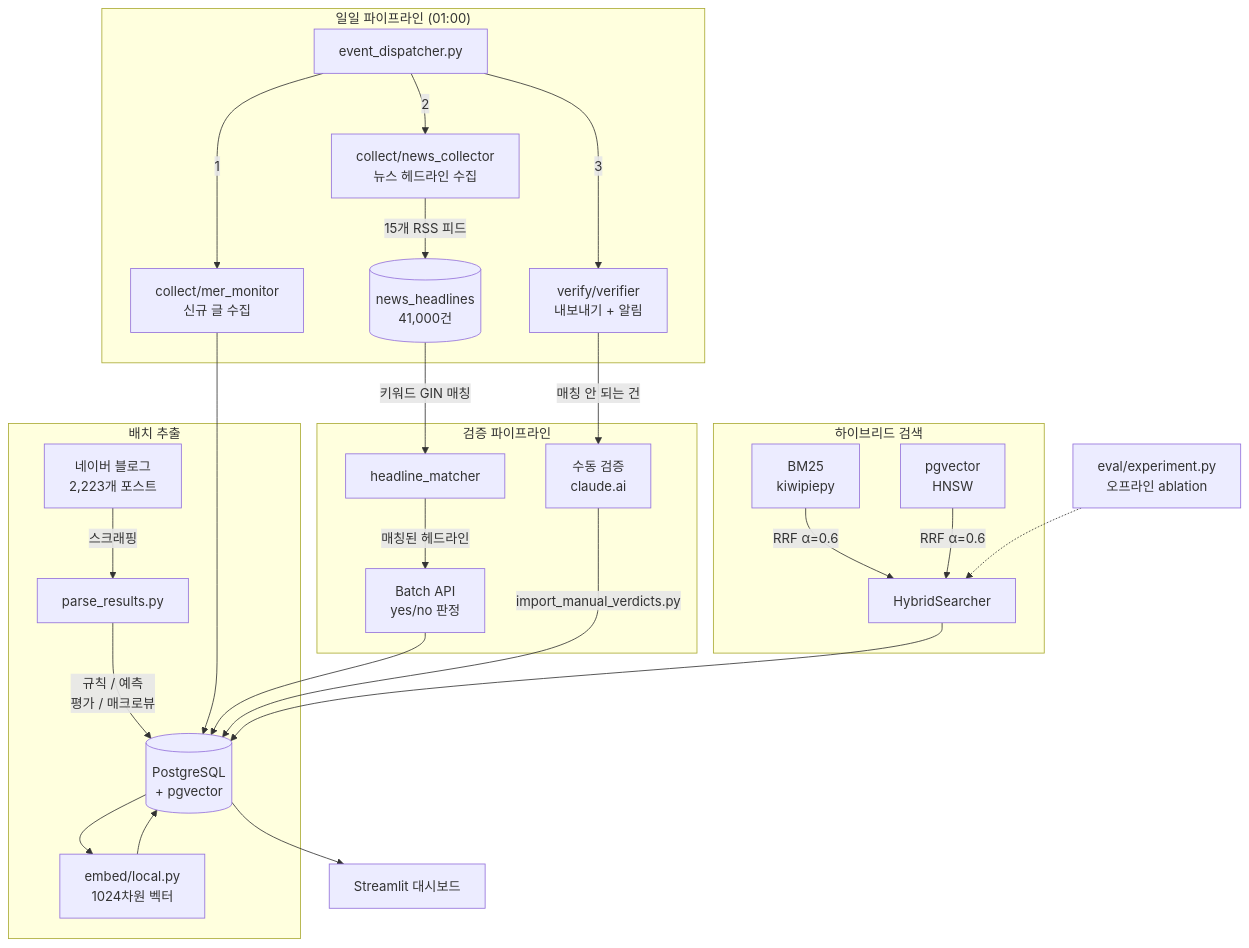
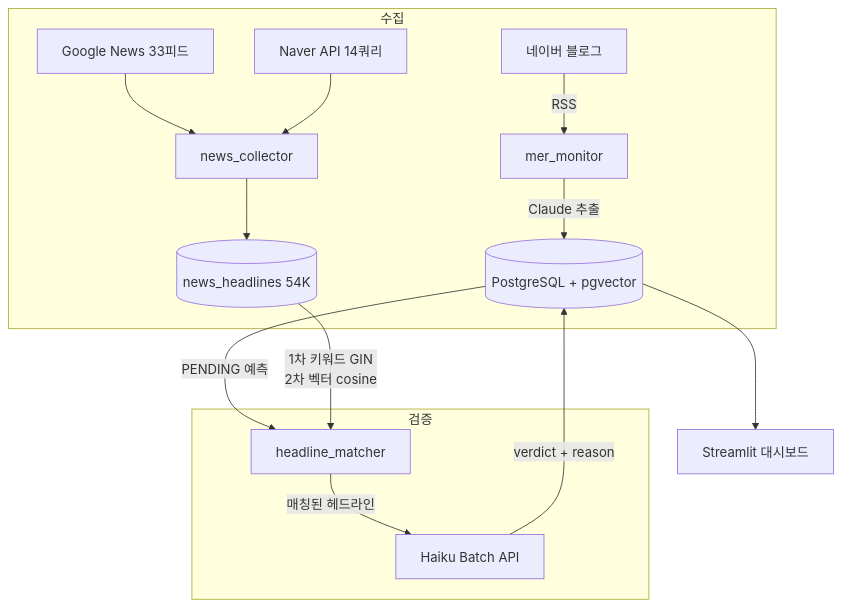
The diagram in README.md (11e3/mer-insight-pipeline), drawn with Mermaid before and after one commit. The commit also changed other lines of this file and 1 other file, not shown here.

First line of the commit message:
docs: rewrite README — concise, experiment details to docs/

````diff
--- a/README.md
+++ b/README.md
@@ -24,33 +34,19 @@
 ```mermaid
 flowchart TD
-    subgraph 배치 추출
-        A[네이버 블로그<br>2,223개 포스트] -->|스크래핑| B[parse_results.py]
-        B -->|규칙 / 예측<br>평가 / 매크로뷰| C[(PostgreSQL<br>+ pgvector)]
-        C --> EMB[embed/local.py<br>1024차원 벡터]
-        EMB --> C
+    subgraph 수집
+        BLOG[네이버 블로그] -->|RSS| MON[mer_monitor]
+        MON -->|Claude 추출| DB[(PostgreSQL + pgvector)]
+        NEWS_RSS[Google News 33피드] --> NC[news_collector]
+        NEWS_NAVER[Naver API 14쿼리] --> NC
+        NC --> NHL[(news_headlines 54K)]
     end
 
-    subgraph "일일 파이프라인 (01:00)"
-        ED[event_dispatcher.py] -->|1| MER[collect/mer_monitor<br>신규 글 수집]
-        ED -->|2| NEWS[collect/news_collector<br>뉴스 헤드라인 수집]
-        ED -->|3| PV[verify/verifier<br>내보내기 + 알림]
-        MER --> C
-        NEWS -->|15개 RSS 피드| NH[(news_headlines<br>41,000건)]
+    subgraph 검증
+        DB -->|PENDING 예측| HM[headline_matcher]
+        NHL -->|1차 키워드 GIN<br>2차 벡터 cosine| HM
+        HM -->|매칭된 헤드라인| HAIKU[Haiku Batch API]
+        HAIKU -->|verdict + reason| DB
     end
 
-    subgraph 검증 파이프라인
-        NH -->|키워드 GIN 매칭| HM[headline_matcher]
-        HM -->|매칭된 헤드라인| BATCH[Batch API<br>yes/no 판정]
-        BATCH --> C
-        PV -->|매칭 안 되는 건| EX[수동 검증<br>claude.ai]
-        EX -->|import_manual_verdicts.py| C
-    end
-
-    subgraph 하이브리드 검색
-        HS1[BM25<br>kiwipiepy] & HS2[pgvector<br>HNSW] -->|RRF α=0.6| HS3[HybridSearcher]
-    end
-
-    HS3 --> C
-    C --> Q[Streamlit 대시보드]
-    EV[eval/experiment.py<br>오프라인 ablation] -.-> HS3
+    DB --> DASH[Streamlit 대시보드]
 ```
````
